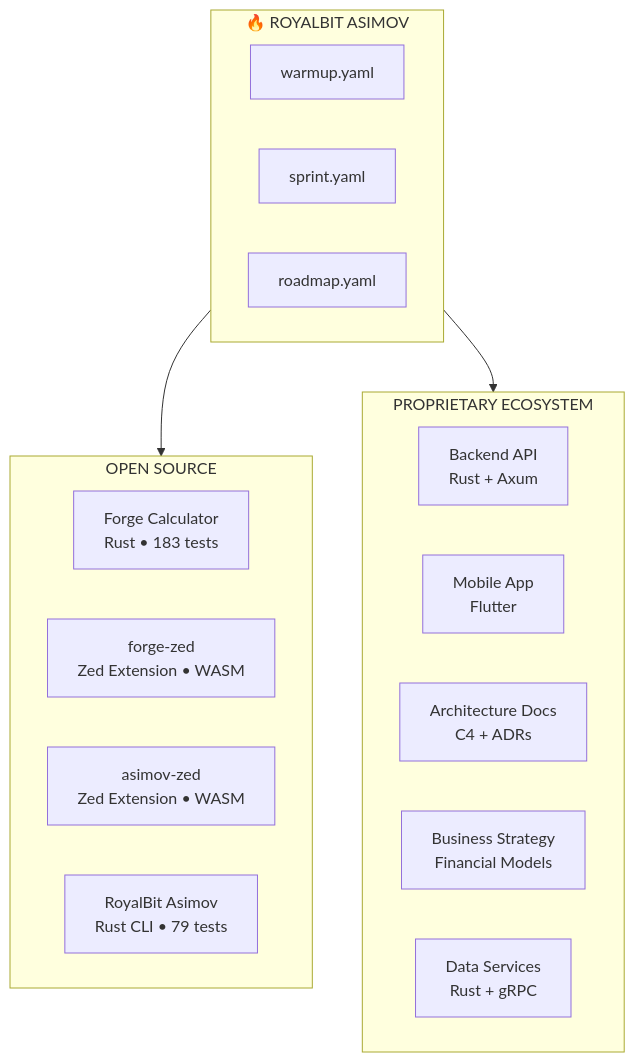
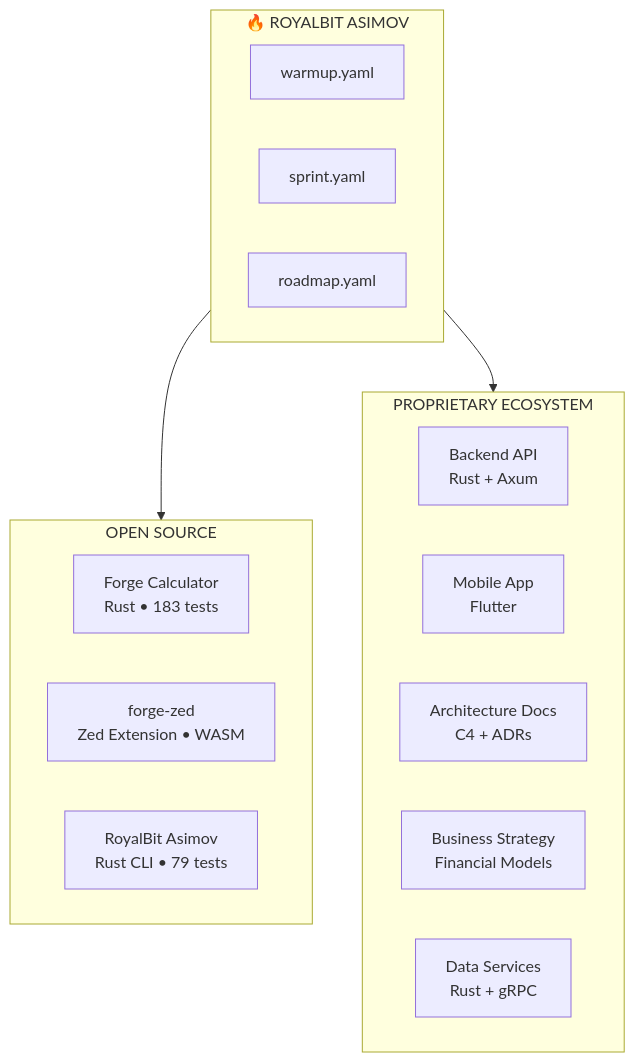
Before and after one commit to royalbit/asimov-protocol: the diagram in docs/ECOSYSTEM.md, drawn with Mermaid. The commit also changed other lines of this file and 4 other files, not shown here.

First line of the commit message:
feat: v7.11.0 - Kill asimov-zed extension (ADR-030)

````diff
--- a/docs/ECOSYSTEM.md
+++ b/docs/ECOSYSTEM.md
@@ -16,26 +16,25 @@
 ```mermaid
 flowchart TB
     subgraph protocol["🔥 ROYALBIT ASIMOV"]
         W[warmup.yaml]
         S[sprint.yaml]
         R[roadmap.yaml]
     end
 
     subgraph foss["OPEN SOURCE"]
         FORGE[Forge Calculator<br/>Rust • 183 tests]
         FZED[forge-zed<br/>Zed Extension • WASM]
-        AZED[asimov-zed<br/>Zed Extension • WASM]
         PROTOCOL[RoyalBit Asimov<br/>Rust CLI • 79 tests]
     end
 
     subgraph proprietary["PROPRIETARY ECOSYSTEM"]
         API[Backend API<br/>Rust + Axum]
         PROTO[Mobile App<br/>Flutter]
         ARCH[Architecture Docs<br/>C4 + ADRs]
         BIZ[Business Strategy<br/>Financial Models]
         ENRICH[Data Services<br/>Rust + gRPC]
     end
 
     protocol --> foss
     protocol --> proprietary
 ```
````
